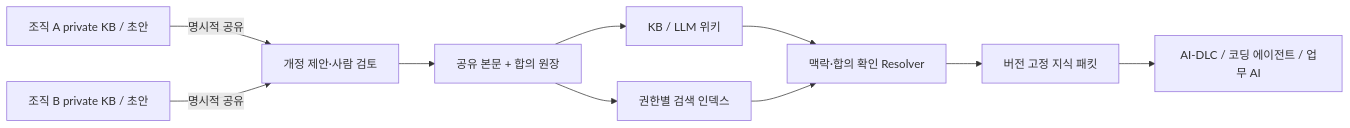
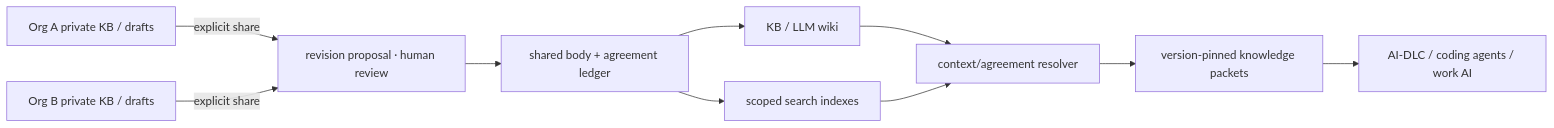
The diagram in README.md (ictechgy/knowledger), drawn with Mermaid before and after one commit. The commit also changed other lines of this file and 2 other files, not shown here.

````diff
--- a/README.md
+++ b/README.md
@@ -65,12 +65,12 @@
 ```mermaid
 flowchart LR
-    A["조직 A private KB / 초안"] -->|명시적 공유| P["개정 제안·사람 검토"]
-    B["조직 B private KB / 초안"] -->|명시적 공유| P
-    P --> L["공유 본문 + 합의 원장"]
-    L --> V["KB / LLM 위키"]
-    L --> I["권한별 검색 인덱스"]
-    V --> R["맥락·합의 확인 Resolver"]
+    A["Org A private KB / drafts"] -->|explicit share| P["revision proposal · human review"]
+    B["Org B private KB / drafts"] -->|explicit share| P
+    P --> L["shared body + agreement ledger"]
+    L --> V["KB / LLM wiki"]
+    L --> I["scoped search indexes"]
+    V --> R["context/agreement resolver"]
     I --> R
-    R --> C["버전 고정 지식 패킷"]
-    C --> G["AI-DLC / 코딩 에이전트 / 업무 AI"]
+    R --> C["version-pinned knowledge packets"]
+    C --> G["AI-DLC / coding agents / work AI"]
 ```
````
